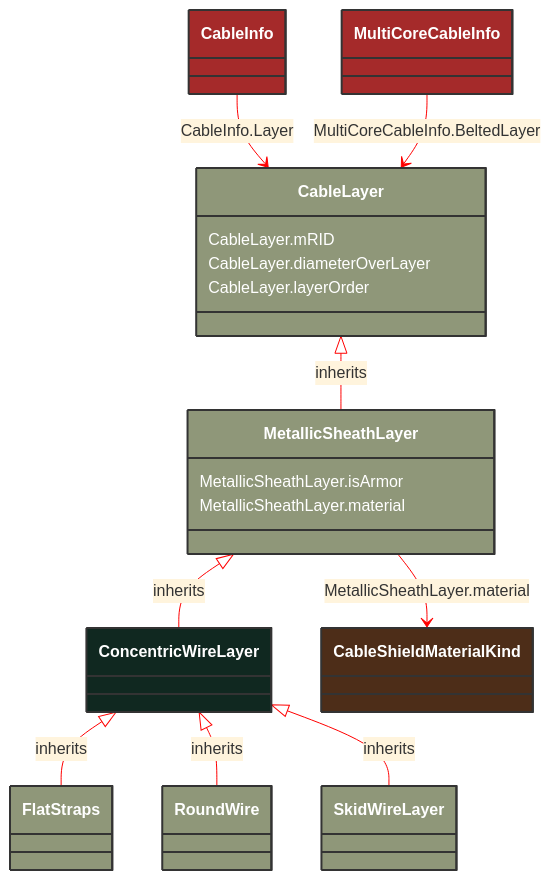
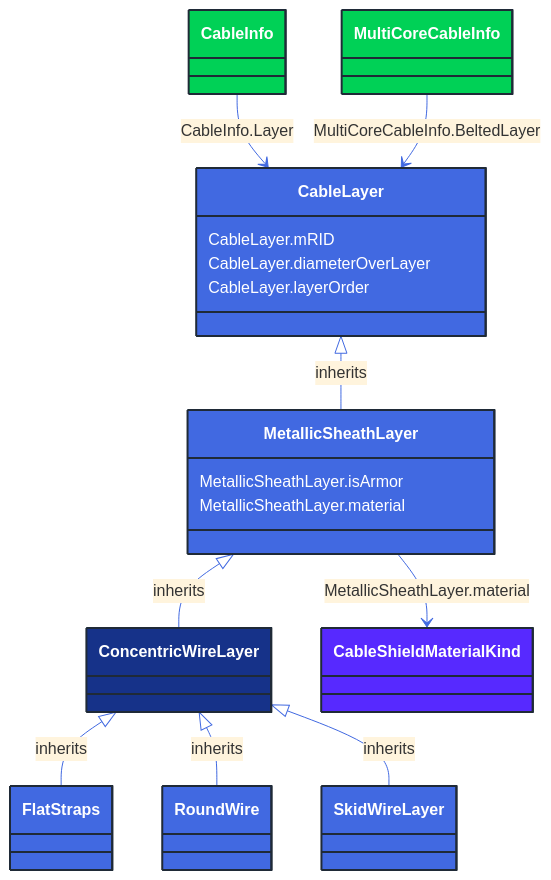
One commit to 3lbits/NoCIMExtensions changed the diagram in docs/Models/Profiles/SubseaCableInfo/ConcreteClasses/ConcentricWireLayer.md. Above: the diagram before and after it, drawn with Mermaid. The commit also changed 362 other files, not shown here.

First line of the commit message:
Update diagrams and styles for improved visual consistency

````diff
--- a/docs/Models/Profiles/SubseaCableInfo/ConcreteClasses/ConcentricWireLayer.md
+++ b/docs/Models/Profiles/SubseaCableInfo/ConcreteClasses/ConcentricWireLayer.md
@@ -8,58 +8,58 @@
 ```mermaid
-%%{init: {'theme':'base','themeVariables': {'lineColor': '#FF0000'}}}%%
+%%{init: {'theme':'base','themeVariables': {'lineColor': '#4169E1'}}}%%
 classDiagram
     class ConcentricWireLayer
     click ConcentricWireLayer href "/Models/Profiles/SubseaCableInfo/ConcreteClasses/ConcentricWireLayer/"
-    style ConcentricWireLayer fill:#102820,stroke:#333,stroke-width:2px,rx:10,ry:10,color:white
+    style ConcentricWireLayer fill:#163289,stroke:#1F2A37,stroke-width:2px,rx:10,ry:10,color:white
 
         ConcentricWireLayer <|-- FlatStraps : inherits
 
         FlatStraps
             click FlatStraps href "/Models/Profiles/SubseaCableInfo/ConcreteClasses/FlatStraps/"
-            style FlatStraps fill:#8F9779,stroke:#333,stroke-width:2px,rx:10,ry:10,color:white
+            style FlatStraps fill:#4169E1,stroke:#1F2A37,stroke-width:2px,rx:10,ry:10,color:white
 
         ConcentricWireLayer <|-- RoundWire : inherits
 
         RoundWire
             click RoundWire href "/Models/Profiles/SubseaCableInfo/ConcreteClasses/RoundWire/"
-            style RoundWire fill:#8F9779,stroke:#333,stroke-width:2px,rx:10,ry:10,color:white
+            style RoundWire fill:#4169E1,stroke:#1F2A37,stroke-width:2px,rx:10,ry:10,color:white
 
         ConcentricWireLayer <|-- SkidWireLayer : inherits
 
         SkidWireLayer
             click SkidWireLayer href "/Models/Profiles/SubseaCableInfo/ConcreteClasses/SkidWireLayer/"
-            style SkidWireLayer fill:#8F9779,stroke:#333,stroke-width:2px,rx:10,ry:10,color:white
+            style SkidWireLayer fill:#4169E1,stroke:#1F2A37,stroke-width:2px,rx:10,ry:10,color:white
      
         MetallicSheathLayer <|-- ConcentricWireLayer : inherits
             click MetallicSheathLayer href "/Models/Profiles/SubseaCableInfo/ConcreteClasses/MetallicSheathLayer/"
-            style MetallicSheathLayer fill:#8F9779,stroke:#333,stroke-width:2px,rx:10,ry:10,color:white
+            style MetallicSheathLayer fill:#4169E1,stroke:#1F2A37,stroke-width:2px,rx:10,ry:10,color:white
      
         CableLayer <|-- MetallicSheathLayer : inherits
             click CableLayer href "/Models/Profiles/SubseaCableInfo/AbstractClasses/CableLayer/"
-            style CableLayer fill:#8F9779,stroke:#333,stroke-width:2px,rx:10,ry:10,color:white
+            style CableLayer fill:#4169E1,stroke:#1F2A37,stroke-width:2px,rx:10,ry:10,color:white
 
 
         CableInfo --> CableLayer : CableInfo.Layer
 
         CableInfo
             click CableInfo href "/Models/Profiles/SubseaCableInfo/ConcreteClasses/CableInfo/"
-            style CableInfo fill:#A52A2A,stroke:#333,stroke-width:2px,rx:10,ry:10,color:white
+            style CableInfo fill:#00D156,stroke:#1F2A37,stroke-width:2px,rx:10,ry:10,color:white
 
         MultiCoreCableInfo --> CableLayer : MultiCoreCableInfo.BeltedLayer
 
         MultiCoreCableInfo
             click MultiCoreCableInfo href "/Models/Profiles/SubseaCableInfo/ConcreteClasses/MultiCoreCableInfo/"
-            style MultiCoreCableInfo fill:#A52A2A,stroke:#333,stroke-width:2px,rx:10,ry:10,color:white
+            style MultiCoreCableInfo fill:#00D156,stroke:#1F2A37,stroke-width:2px,rx:10,ry:10,color:white
 
         MetallicSheathLayer --> CableShieldMaterialKind : MetallicSheathLayer.material
 
         CableShieldMaterialKind
             click CableShieldMaterialKind href "/Models/Profiles/SubseaCableInfo/Enumerations/CableShieldMaterialKind/"
-            style CableShieldMaterialKind fill:#4D2D18,stroke:#333,stroke-width:2px,rx:10,ry:10,color:white
+            style CableShieldMaterialKind fill:#5729FF,stroke:#1F2A37,stroke-width:2px,rx:10,ry:10,color:white
 
         MetallicSheathLayer : MetallicSheathLayer.isArmor
         MetallicSheathLayer : MetallicSheathLayer.material
         CableLayer : CableLayer.mRID
         CableLayer : CableLayer.diameterOverLayer
         CableLayer : CableLayer.layerOrder
 ```
````
